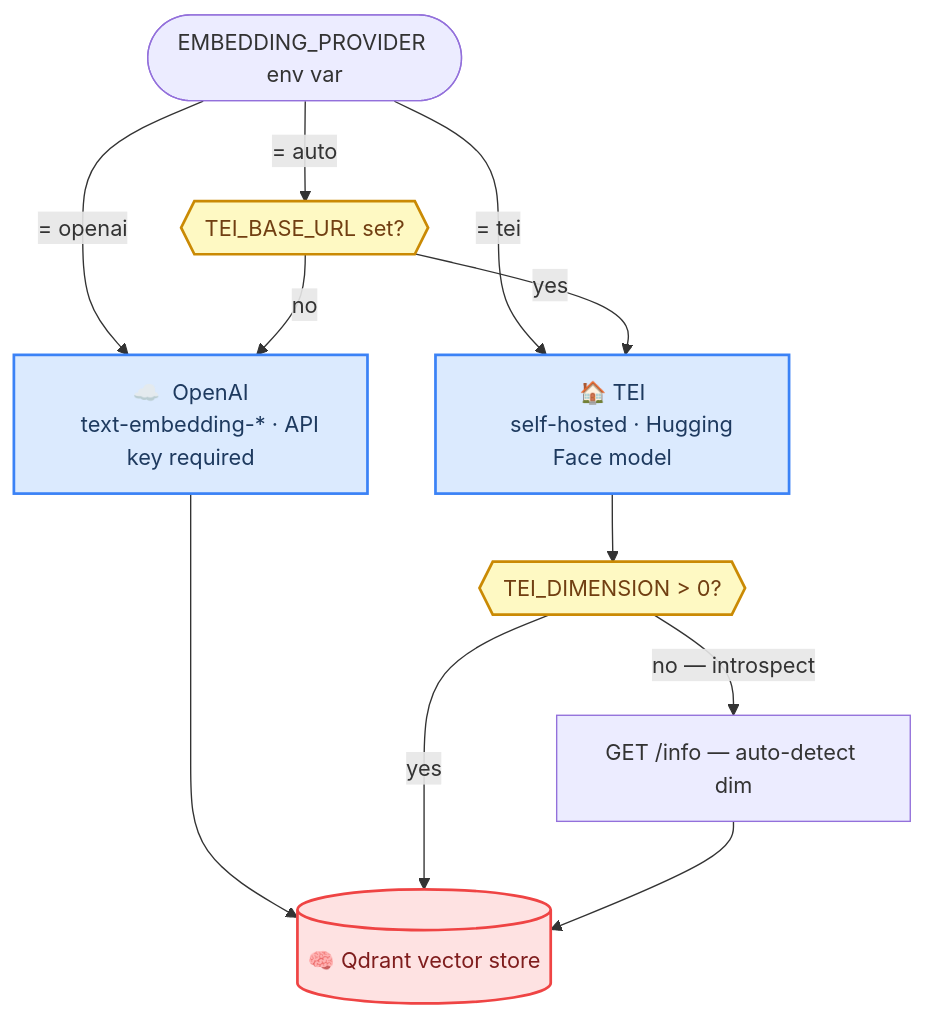
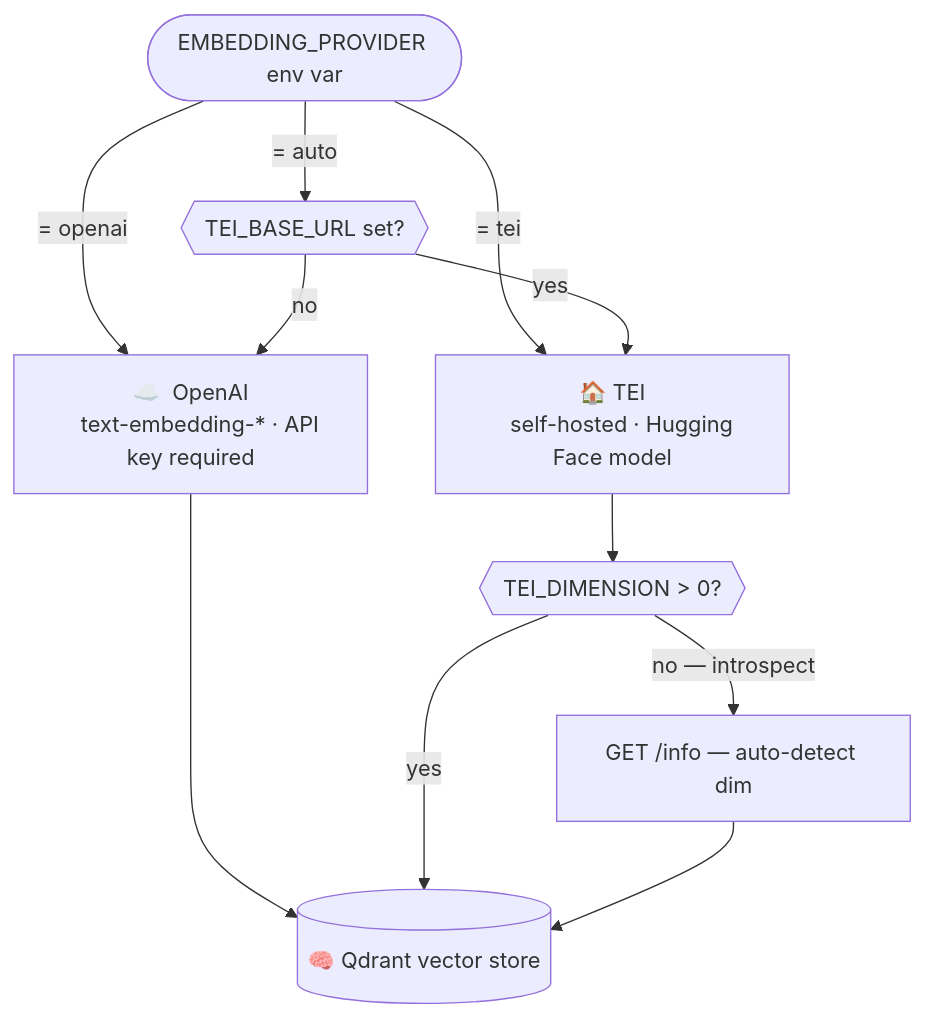
The fifth of 5 diagrams in docs/architecture/infrastructure.md (debian777/kairos-mcp), drawn with Mermaid before and after one commit. The commit also changed 11 other files, not shown here.

````diff
--- a/docs/architecture/infrastructure.md
+++ b/docs/architecture/infrastructure.md
@@ -350,28 +350,20 @@
 ```mermaid
 flowchart TD
     ENV(["EMBEDDING_PROVIDER env var"])
 
     ENV -->|"= openai"| OAI
     ENV -->|"= tei"| TEI
     ENV -->|"= auto"| AUTO{{"TEI_BASE_URL set?"}}
 
     AUTO -->|"yes"| TEI["🏠 TEI
     self-hosted · Hugging Face model"]
     AUTO -->|"no"| OAI["☁️  OpenAI
     text-embedding-* · API key required"]
 
     TEI --> DIM{{"TEI_DIMENSION > 0?"}}
     OAI --> VEC
 
     DIM -->|"yes"| VEC[("🧠 Qdrant vector store")]
     DIM -->|"no — introspect"| INTRO["GET /info — auto-detect dim"]
     INTRO --> VEC
-
-    classDef decision fill:#fef9c3,stroke:#ca8a04,color:#713f12,stroke-width:2px
-    classDef provider fill:#dbeafe,stroke:#3b82f6,color:#1e3a5f,stroke-width:2px
-    classDef store    fill:#fee2e2,stroke:#ef4444,color:#7f1d1d,stroke-width:2px
-
-    class AUTO,DIM decision
-    class TEI,OAI provider
-    class VEC store
 ```
````
